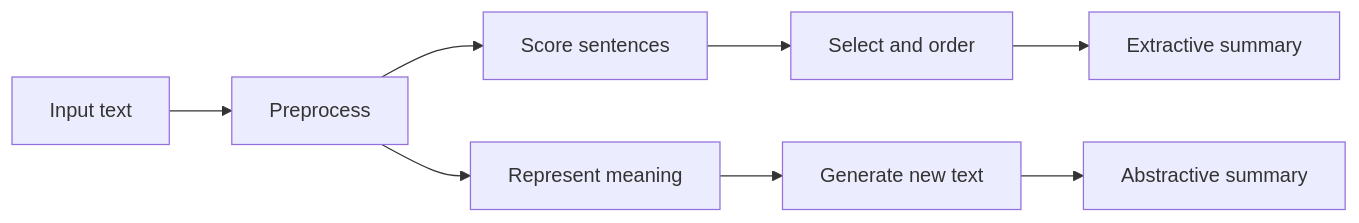
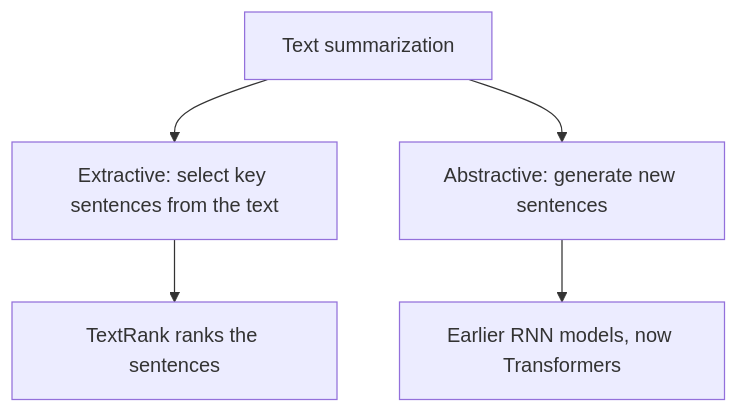
Before and after one commit to TrendySloth1001/sem-seven-notes: the diagram in content/natural-language-processing/pyq/2022-12-ce/q6a.mdx, drawn with Mermaid. The commit also changed other lines of this file and 406 other files, not shown here.

````diff
--- a/content/natural-language-processing/pyq/2022-12-ce/q6a.mdx
+++ b/content/natural-language-processing/pyq/2022-12-ce/q6a.mdx
@@ -27,7 +9,8 @@
 ```mermaid
-%% caption: Extractive path copies chosen sentences. Abstractive path first builds a meaning and then writes new sentences.
-flowchart LR
-  T["Input text"] --> P["Preprocess"]
-  P --> SC["Score sentences"] --> SE["Select and order"] --> EX["Extractive summary"]
-  P --> RE["Represent meaning"] --> GE["Generate new text"] --> AB["Abstractive summary"]
+%% caption: The two types of text summarization.
+flowchart TD
+  S["Text summarization"] --> E["Extractive: select key sentences from the text"]
+  S --> A["Abstractive: generate new sentences"]
+  E --> T["TextRank ranks the sentences"]
+  A --> X["Earlier RNN models, now Transformers"]
 ```
````
